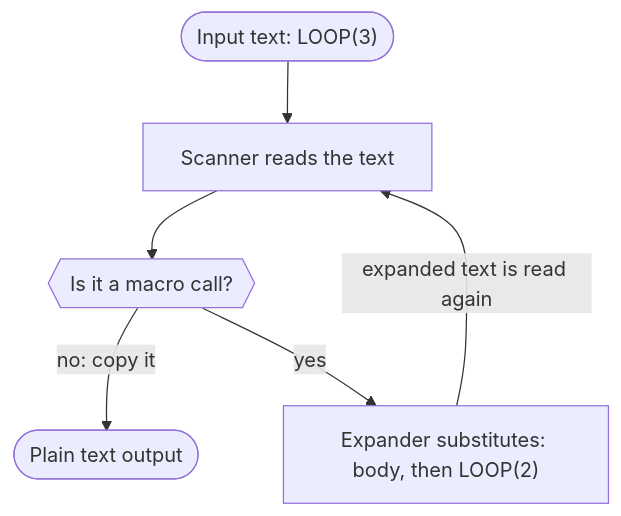
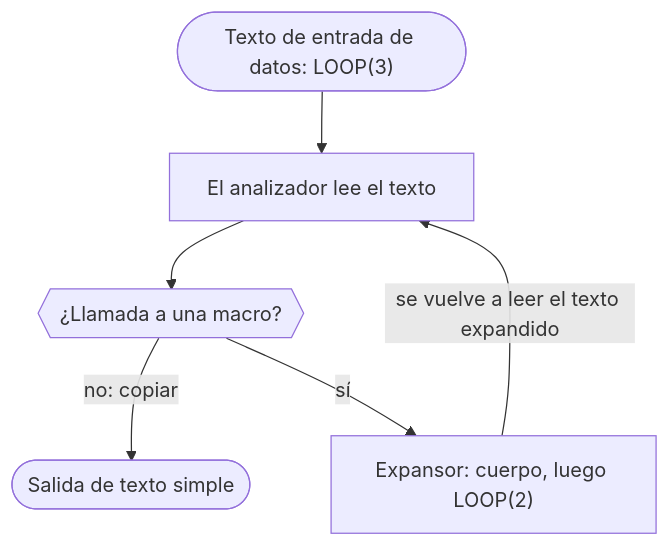
One commit to dullroar/aprende-a-programar-como-un-bicho-raro changed the diagram in lessons/cs-source/concepts/macro-processing.md. Above: the diagram before and after it, drawn with Mermaid. The commit also changed other lines of this file and 51 other files, not shown here.

````diff
--- a/lessons/cs-source/concepts/macro-processing.md
+++ b/lessons/cs-source/concepts/macro-processing.md
@@ -8,10 +8,10 @@
 ```mermaid
 flowchart TB
-    accTitle: Macro expansion becomes computation when expanded text is read again and can trigger further expansion
-    accDescr: A feedback loop. The scanner reads input text such as LOOP(3). If the text is not a macro call, it is copied to the output. If it is a macro call, the expander substitutes the replacement text, which can contain another macro call such as LOOP(2). An arrow sends the expanded text back to the scanner, which reads it again. Expansion continues until the replacement text holds no more macro calls, so only plain text reaches the output.
-    IN(["Input text: LOOP(3)"]) --> SC["Scanner reads the text"]
-    SC --> Q{{"Is it a macro call?"}}
-    Q -->|"no: copy it"| OUT(["Plain text output"])
-    Q -->|"yes"| EX["Expander substitutes: body, then LOOP(2)"]
-    EX -->|"expanded text is read again"| SC
+    accTitle: La expansión de macros se vuelve cómputo cuando la salida se vuelve a leer y puede causar otra expansión
+    accDescr: Un bucle de retroalimentación. El analizador lee texto de entrada de datos como LOOP(3). Si el texto no es una llamada a una macro, lo copia a la salida. Si lo es, el expansor pone en su lugar el texto de reemplazo. Ese texto puede contener otra llamada a una macro, como LOOP(2). Una flecha devuelve el texto expandido al analizador, que lo lee otra vez. La expansión sigue hasta que no quedan llamadas a macros en el texto de reemplazo. Así, solo llega texto simple a la salida.
+    IN(["Texto de entrada de datos: LOOP(3)"]) --> SC["El analizador lee el texto"]
+    SC --> Q{{"¿Llamada a una macro?"}}
+    Q -->|"no: copiar"| OUT(["Salida de texto simple"])
+    Q -->|"sí"| EX["Expansor: cuerpo, luego LOOP(2)"]
+    EX -->|"se vuelve a leer el texto expandido"| SC
 ```
````
